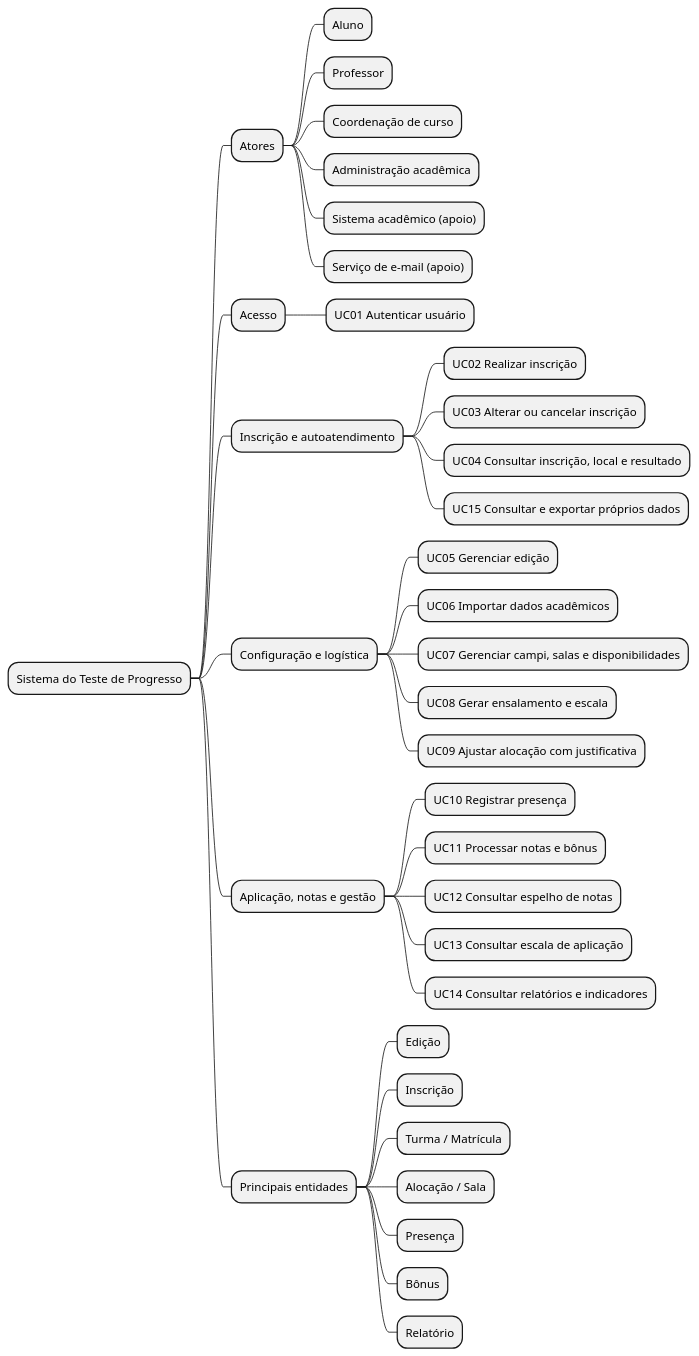
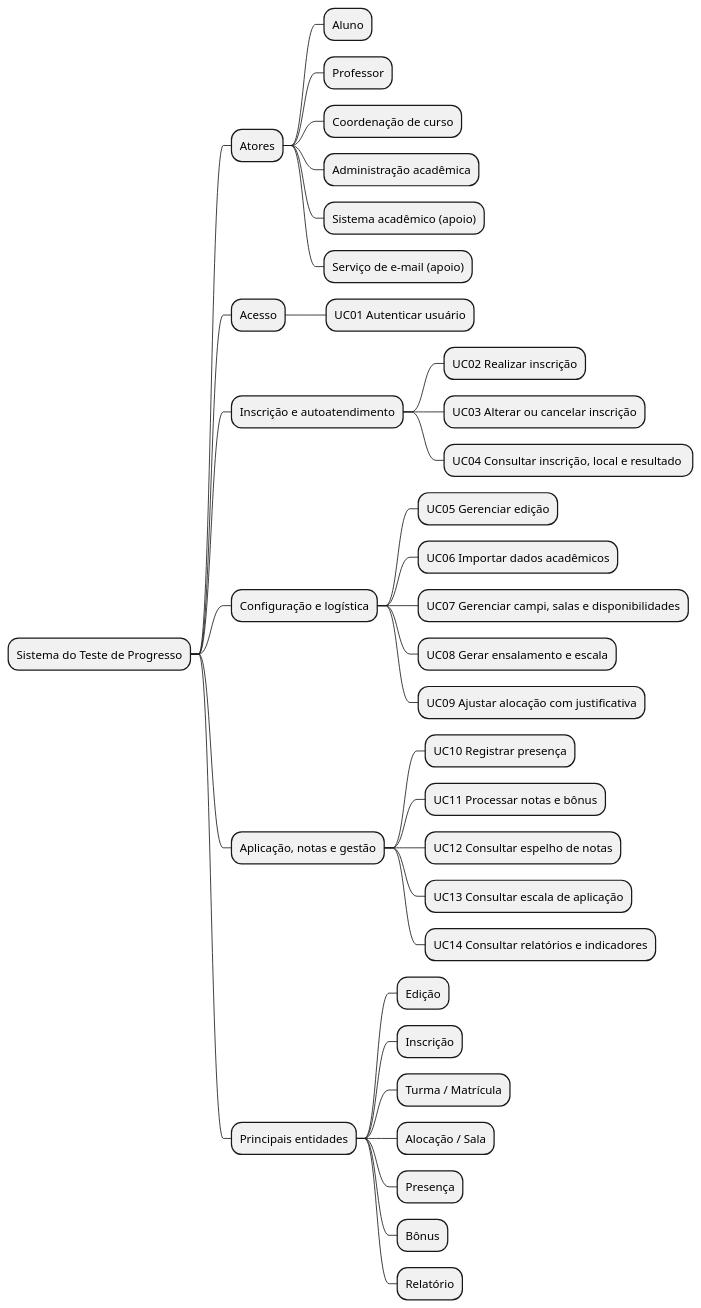
The diagram in docs/Iniciacao/mapa_mental.md (Projetos-de-Extensao/PECDII_26.2_8003_I), drawn with PlantUML before and after one commit. The commit also changed 3 other files, not shown here.

````diff
--- a/docs/Iniciacao/mapa_mental.md
+++ b/docs/Iniciacao/mapa_mental.md
@@ -24,39 +24,38 @@
 ```plantuml
 @startmindmap
 * Sistema do Teste de Progresso
 ** Atores
 *** Aluno
 *** Professor
 *** Coordenação de curso
 *** Administração acadêmica
 *** Sistema acadêmico (apoio)
 *** Serviço de e-mail (apoio)
 ** Acesso
 *** UC01 Autenticar usuário
 ** Inscrição e autoatendimento
 *** UC02 Realizar inscrição
 *** UC03 Alterar ou cancelar inscrição
-*** UC04 Consultar inscrição, local e resultado
-*** UC15 Consultar e exportar próprios dados
+*** UC04 Consultar inscrição, local e resultado 
 ** Configuração e logística
 *** UC05 Gerenciar edição
 *** UC06 Importar dados acadêmicos
 *** UC07 Gerenciar campi, salas e disponibilidades
 *** UC08 Gerar ensalamento e escala
 *** UC09 Ajustar alocação com justificativa
 ** Aplicação, notas e gestão
 *** UC10 Registrar presença
 *** UC11 Processar notas e bônus
 *** UC12 Consultar espelho de notas
 *** UC13 Consultar escala de aplicação
 *** UC14 Consultar relatórios e indicadores
 ** Principais entidades
 *** Edição
 *** Inscrição
 *** Turma / Matrícula
 *** Alocação / Sala
 *** Presença
 *** Bônus
 *** Relatório
 @endmindmap
 ```
````
